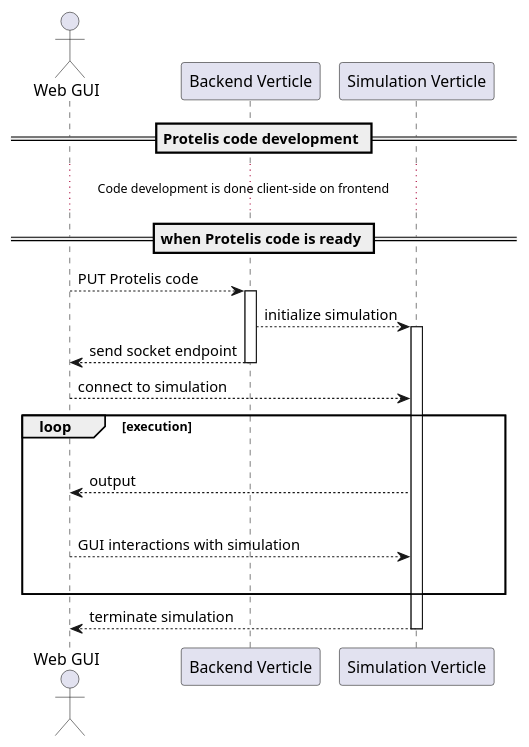
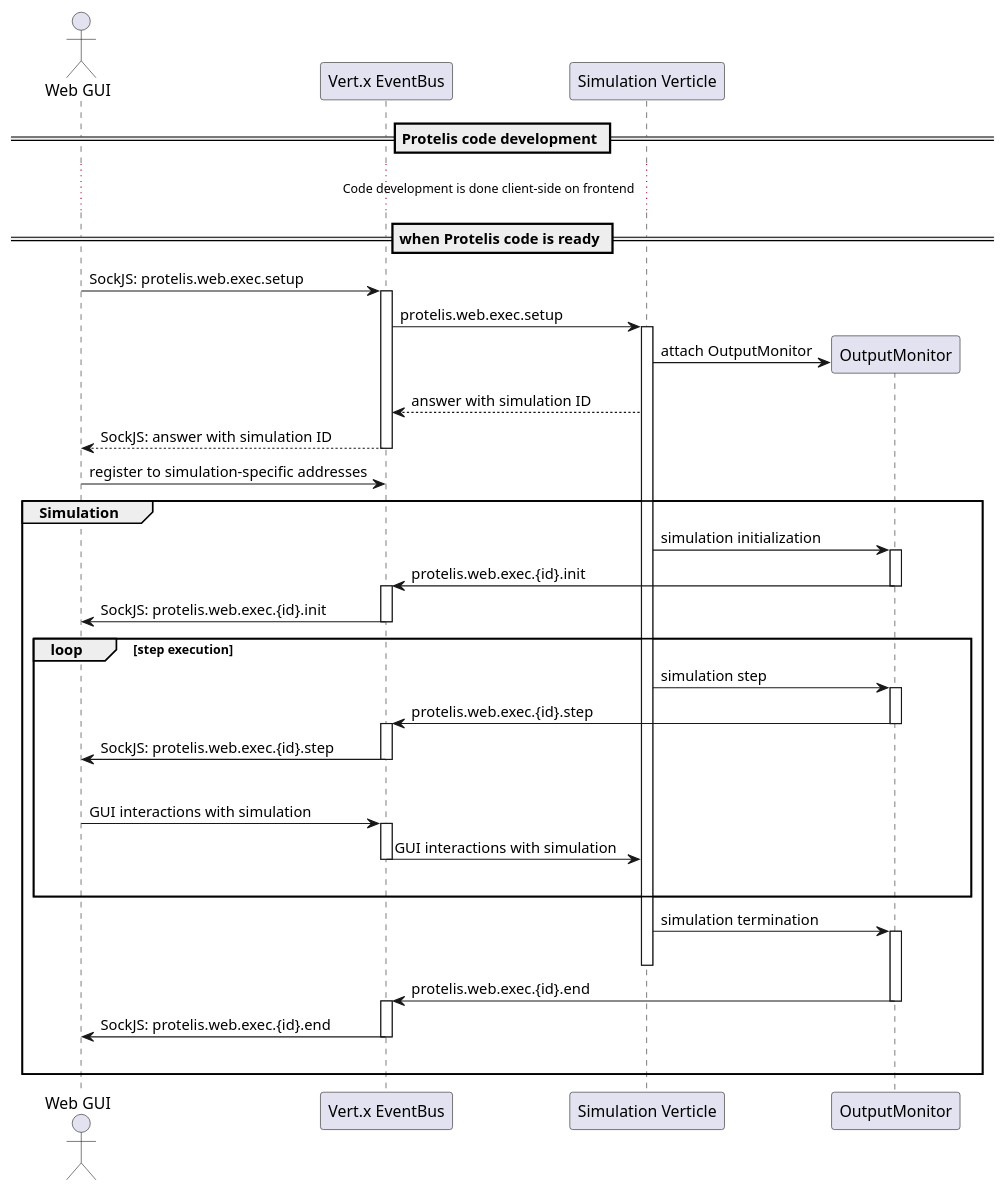
One commit to NiccoMlt/Protelis-Web changed the diagram in docs/src/data-flow.puml. Above: the diagram before and after it, drawn with PlantUML.

Commit message:
docs(backend): update data flow UML

```diff
--- a/docs/src/data-flow.puml
+++ b/docs/src/data-flow.puml
@@ -1,32 +1,51 @@
 @startuml "Simulation data flow"
 
 actor "Web GUI" as react
 
 == Protelis code development ==
 
 ... Code development is done client-side on frontend ...
 
 == when Protelis code is ready ==
 
 ' box "Backend server" {
-  participant "Backend Verticle" as openapi
+  ' participant "Backend Verticle" as openapi
+  participant "Vert.x EventBus" as eventbus
   participant "Simulation Verticle" as alchemist
+  participant "OutputMonitor" as monitor
 ' }
 
-react --> openapi++: PUT Protelis code
-openapi --> alchemist++: initialize simulation
-openapi --> react--: send socket endpoint
+' react --> openapi++: PUT Protelis code
+react -> eventbus++: SockJS: protelis.web.exec.setup
+eventbus -> alchemist++: protelis.web.exec.setup
+alchemist -> monitor**: attach OutputMonitor
+alchemist --> eventbus: answer with simulation ID
+eventbus --> react--: SockJS: answer with simulation ID
 
-react --> alchemist: connect to simulation
+react -> eventbus: register to simulation-specific addresses
 
-loop execution
-  |||
-  alchemist --> react: output
-  |||
-  react --> alchemist: GUI interactions with simulation
+group Simulation
+  alchemist -> monitor++: simulation initialization
+  monitor -> eventbus--: protelis.web.exec.{id}.init
+  activate eventbus
+  eventbus -> react--: SockJS: protelis.web.exec.{id}.init
+
+  loop step execution
+    alchemist -> monitor++: simulation step
+    monitor -> eventbus--: protelis.web.exec.{id}.step
+    activate eventbus
+    eventbus -> react--: SockJS: protelis.web.exec.{id}.step
+    |||
+    react -> eventbus++: GUI interactions with simulation
+    eventbus -> alchemist--: GUI interactions with simulation
+    |||
+  end
+  alchemist -> monitor++: simulation termination
+  deactivate alchemist
+  monitor -> eventbus--: protelis.web.exec.{id}.end
+  activate eventbus
+  eventbus -> react--: SockJS: protelis.web.exec.{id}.end
   |||
 end
 
-alchemist --> react--: terminate simulation
-
 @enduml
```
